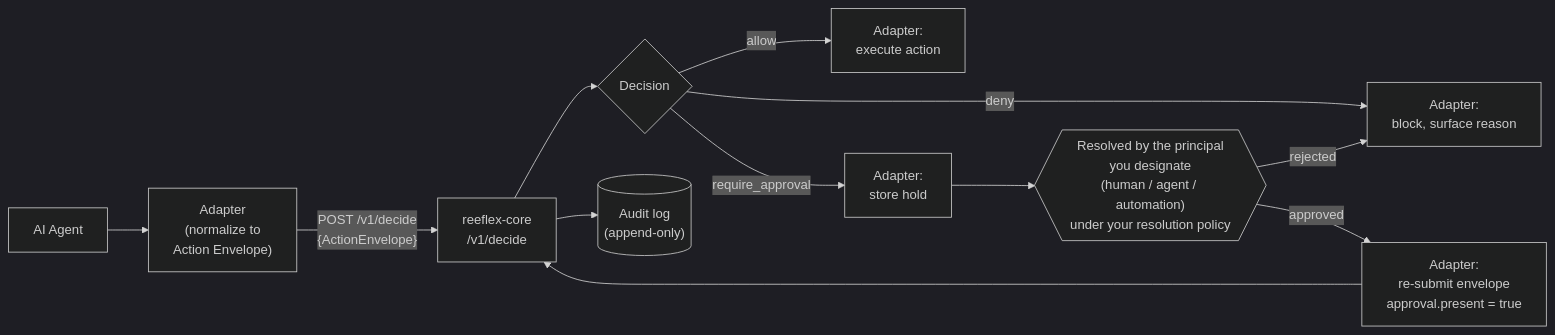
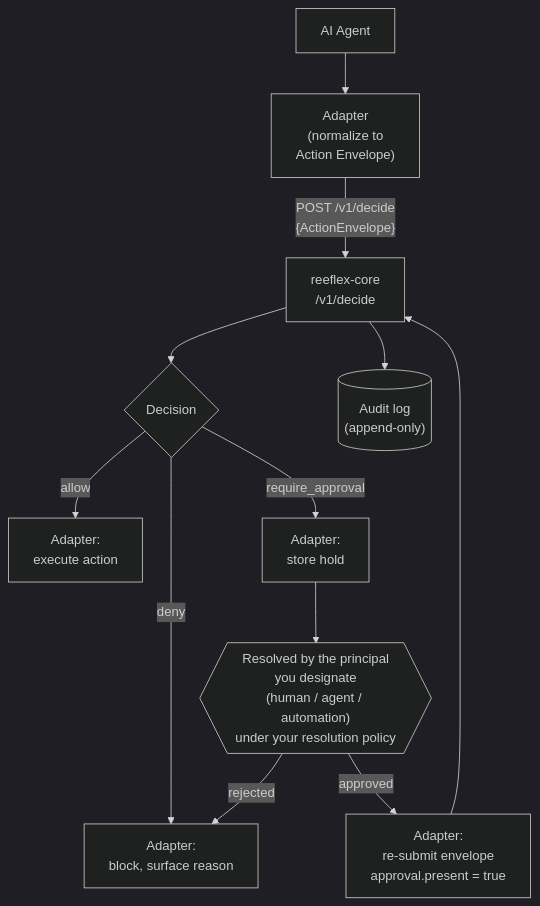
One commit to Reeflex-io/reeflex changed the first of 3 diagrams in docs/architecture.md. Above: the diagram before and after it, drawn with Mermaid (dark theme). The commit also changed other lines of this file and 4 other files, not shown here.

````diff
--- a/docs/architecture.md
+++ b/docs/architecture.md
@@ -19,14 +19,14 @@
 ```mermaid
-flowchart LR
-    A[AI Agent] --> B["Adapter\n(normalize to\nAction Envelope)"]
-    B -->|"POST /v1/decide\n{ActionEnvelope}"| C["reeflex-core\n/v1/decide"]
+flowchart TD
+    A[AI Agent] --> B["Adapter<br/>(normalize to<br/>Action Envelope)"]
+    B -->|"POST /v1/decide<br/>{ActionEnvelope}"| C["reeflex-core<br/>/v1/decide"]
     C --> D{Decision}
-    D -->|allow| E["Adapter:\nexecute action"]
-    D -->|deny| F["Adapter:\nblock, surface reason"]
-    D -->|require_approval| G["Adapter:\nstore hold"]
-    G --> H{{"Resolved by the principal\nyou designate\n(human / agent / automation)\nunder your resolution policy"}}
-    H -->|approved| I["Adapter:\nre-submit envelope\napproval.present = true"]
+    D -->|allow| E["Adapter:<br/>execute action"]
+    D -->|deny| F["Adapter:<br/>block, surface reason"]
+    D -->|require_approval| G["Adapter:<br/>store hold"]
+    G --> H{{"Resolved by the principal<br/>you designate<br/>(human / agent / automation)<br/>under your resolution policy"}}
+    H -->|approved| I["Adapter:<br/>re-submit envelope<br/>approval.present = true"]
     I --> C
     H -->|rejected| F
-    C --> AU[("Audit log\n(append-only)")]
+    C --> AU[("Audit log<br/>(append-only)")]
 ```
````
